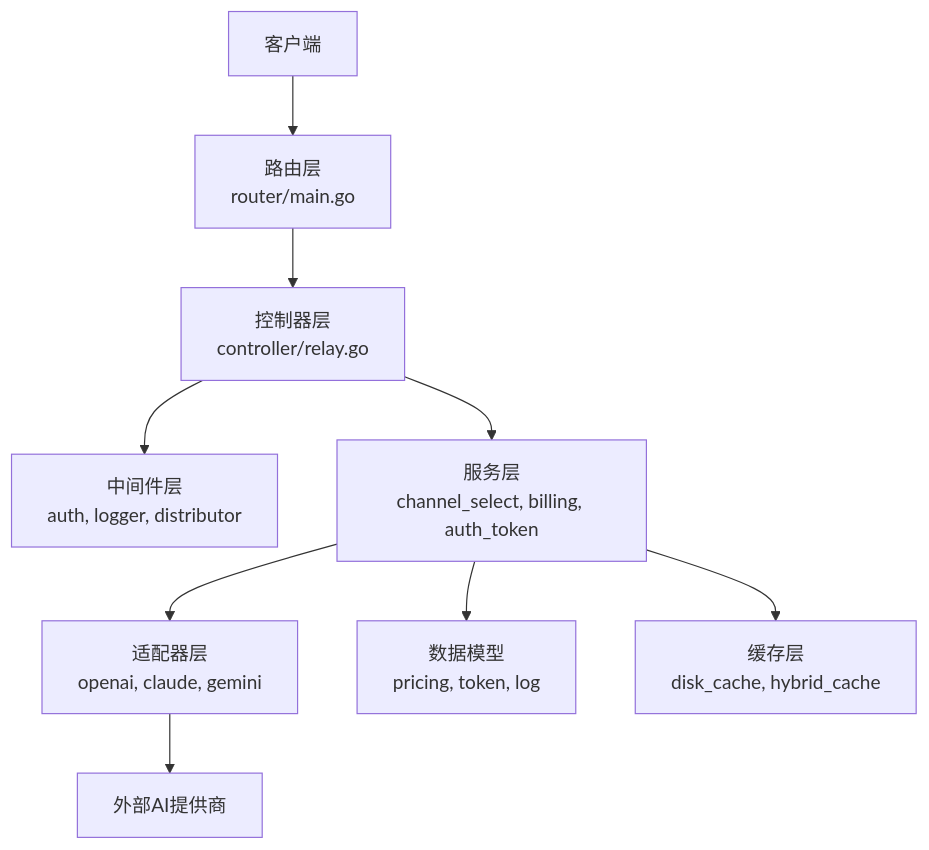
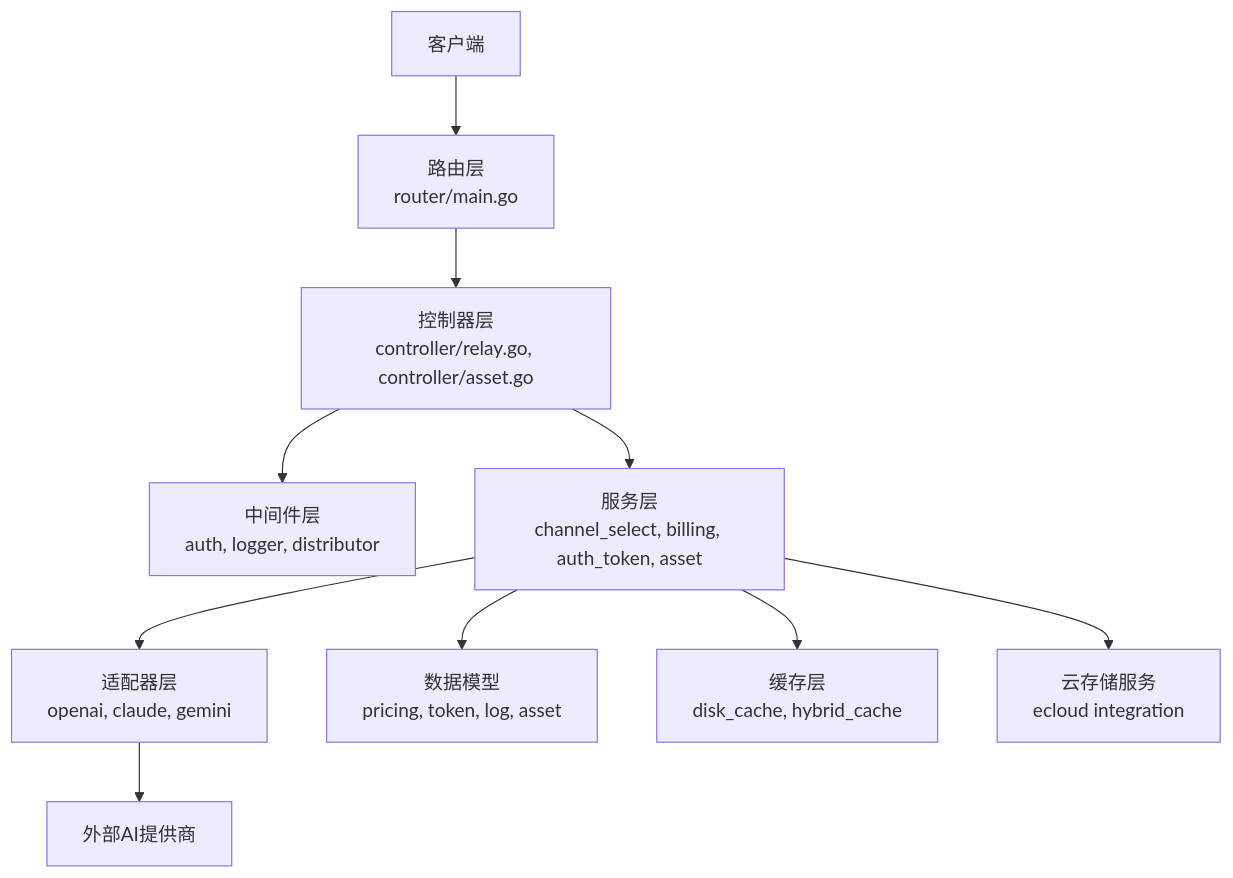
The first of 13 diagrams in .qoder/repowiki/zh/content/项目概览/核心特性/核心特性.md (zhaodechao2008/new-api), drawn with Mermaid before and after one commit. The commit also changed other lines of this file and 274 other files, not shown here.

````diff
--- a/.qoder/repowiki/zh/content/项目概览/核心特性/核心特性.md
+++ b/.qoder/repowiki/zh/content/项目概览/核心特性/核心特性.md
@@ -59,11 +72,12 @@
 ```mermaid
 graph TB
 Client["客户端"] --> Router["路由层<br/>router/main.go"]
-Router --> Controller["控制器层<br/>controller/relay.go"]
+Router --> Controller["控制器层<br/>controller/relay.go, controller/asset.go"]
 Controller --> Middleware["中间件层<br/>auth, logger, distributor"]
-Controller --> Service["服务层<br/>channel_select, billing, auth_token"]
+Controller --> Service["服务层<br/>channel_select, billing, auth_token, asset"]
 Service --> Adapters["适配器层<br/>openai, claude, gemini"]
-Service --> Models["数据模型<br/>pricing, token, log"]
+Service --> Models["数据模型<br/>pricing, token, log, asset"]
 Service --> Cache["缓存层<br/>disk_cache, hybrid_cache"]
+Service --> CloudStorage["云存储服务<br/>ecloud integration"]
 Adapters --> Providers["外部AI提供商"]
 ```
````
